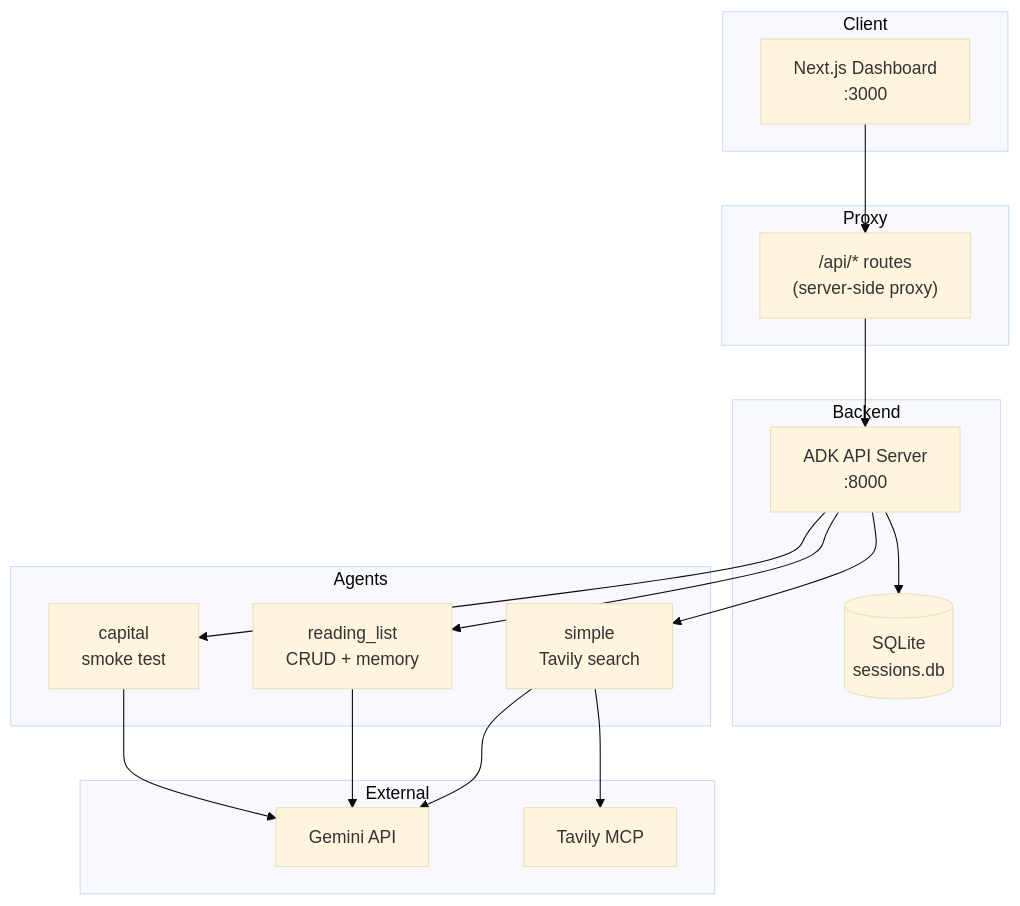
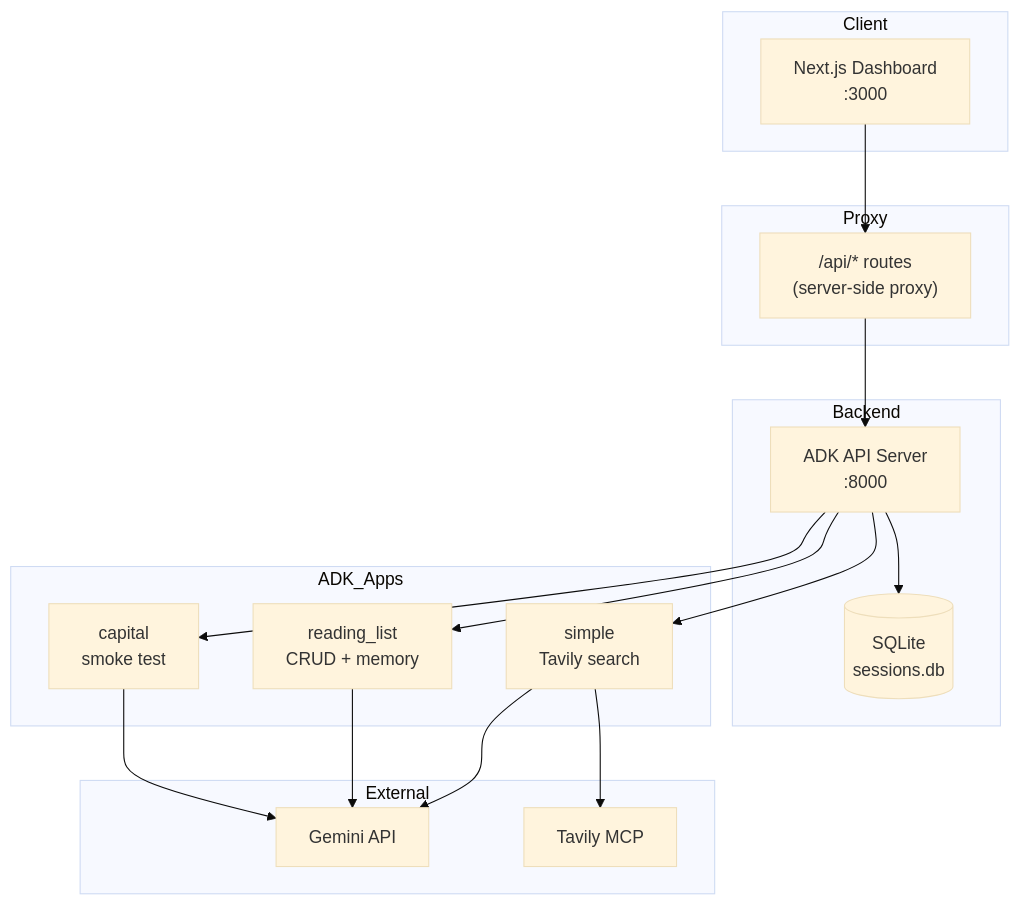
The third of 3 diagrams in README.md (MvMukesh/production-adk-agent-google), drawn with Mermaid (base theme) before and after one commit. The commit also changed other lines of this file, not shown here.

````diff
--- a/README.md
+++ b/README.md
@@ -42,32 +300,32 @@
 ```mermaid
 flowchart TB
     subgraph Client
         UI[Next.js Dashboard<br/>:3000]
     end
 
     subgraph Proxy
         API_Routes["/api/* routes<br/>(server-side proxy)"]
     end
 
     subgraph Backend
         ADK[ADK API Server<br/>:8000]
         DB[(SQLite<br/>sessions.db)]
     end
 
-    subgraph Agents
+    subgraph ADK_Apps
         S[simple<br/>Tavily search]
         R[reading_list<br/>CRUD + memory]
         C[capital<br/>smoke test]
     end
 
     subgraph External
         G[Gemini API]
         T[Tavily MCP]
     end
 
     UI --> API_Routes --> ADK
     ADK --> DB
     ADK --> S & R & C
     S --> G & T
     R & C --> G
 ```
````
